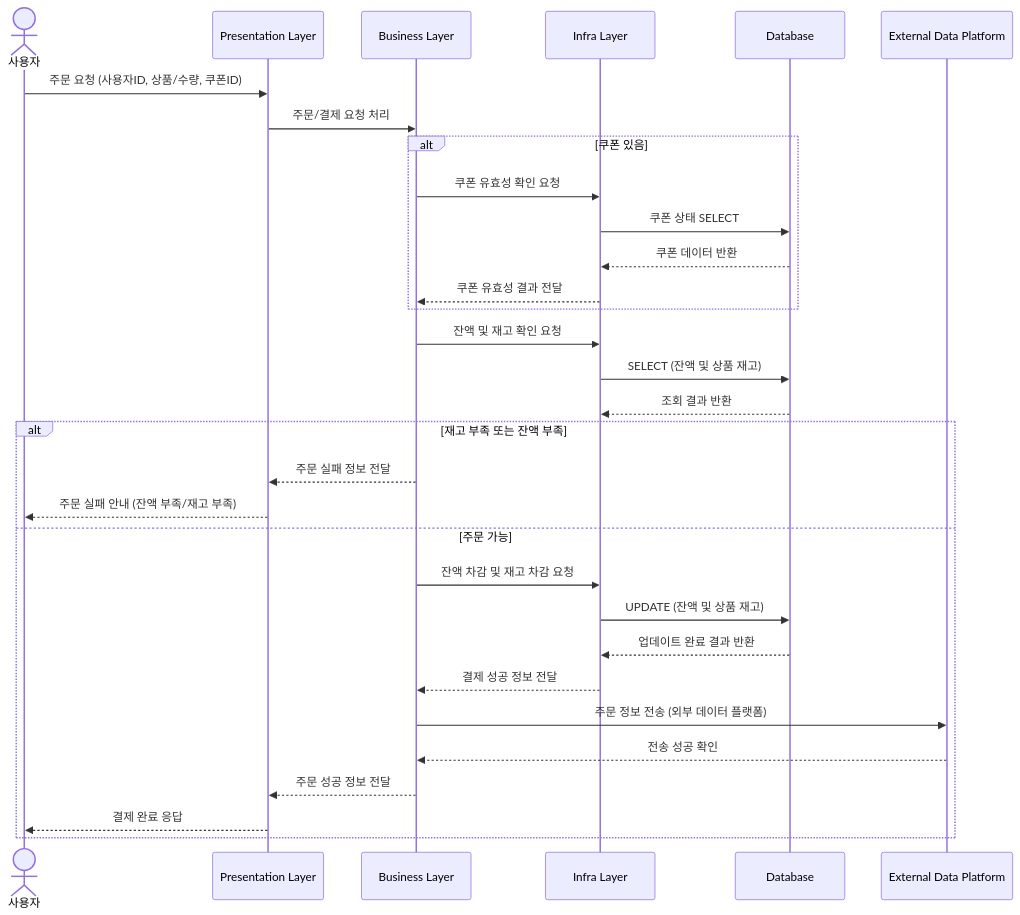
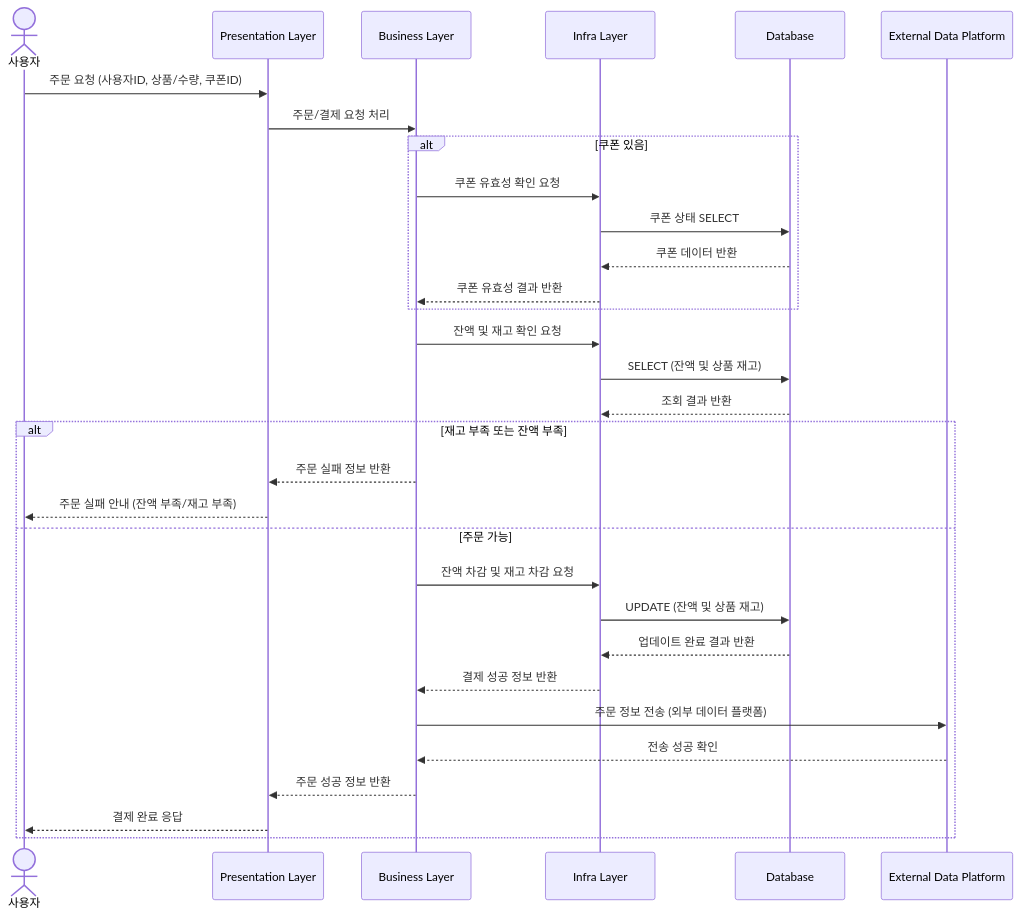
One commit to dhgudtmxhs/hhplus-ecommerce changed the fourth of 6 diagrams in README.md. Above: the diagram before and after it, drawn with Mermaid. The commit also changed other lines of this file, not shown here.

````diff
--- a/README.md
+++ b/README.md
@@ -112,34 +112,34 @@
 ```mermaid
 sequenceDiagram
 actor U as 사용자
 participant P as Presentation Layer
 participant B as Business Layer
 participant I as Infra Layer
 participant DB as Database
 participant D as External Data Platform
 
 U->>P: 주문 요청 (사용자ID, 상품/수량, 쿠폰ID)
 P->>B: 주문/결제 요청 처리
 alt 쿠폰 있음
     B->>I: 쿠폰 유효성 확인 요청
     I->>DB: 쿠폰 상태 SELECT
     DB-->>I: 쿠폰 데이터 반환
-    I-->>B: 쿠폰 유효성 결과 전달
+    I-->>B: 쿠폰 유효성 결과 반환
 end
 B->>I: 잔액 및 재고 확인 요청
 I->>DB: SELECT (잔액 및 상품 재고)
 DB-->>I: 조회 결과 반환
 alt 재고 부족 또는 잔액 부족
-    B-->>P: 주문 실패 정보 전달
+    B-->>P: 주문 실패 정보 반환
     P-->>U: 주문 실패 안내 (잔액 부족/재고 부족)
 else 주문 가능
     B->>I: 잔액 차감 및 재고 차감 요청
     I->>DB: UPDATE (잔액 및 상품 재고)
     DB-->>I: 업데이트 완료 결과 반환
-    I-->>B: 결제 성공 정보 전달
+    I-->>B: 결제 성공 정보 반환
     B->>D: 주문 정보 전송 (외부 데이터 플랫폼)
     D-->>B: 전송 성공 확인
-    B-->>P: 주문 성공 정보 전달
+    B-->>P: 주문 성공 정보 반환
     P-->>U: 결제 완료 응답
 end
 ```
````
